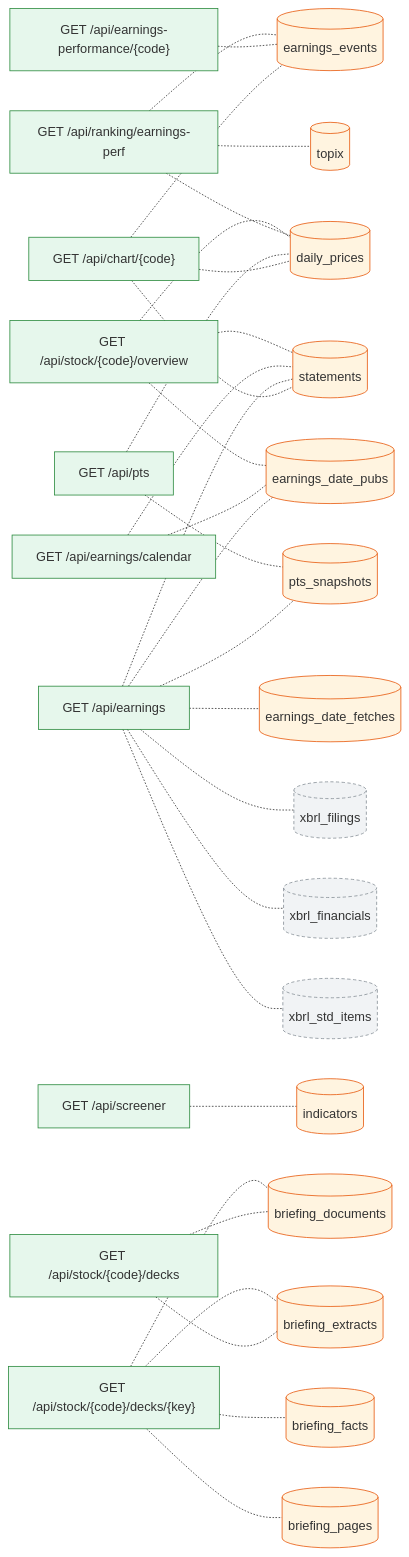
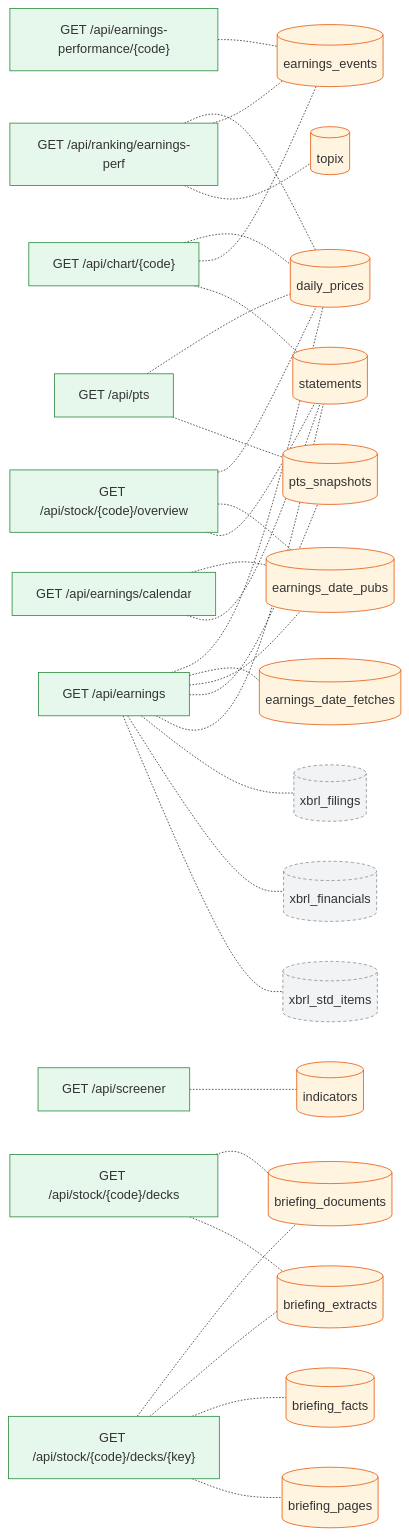
The second of 2 diagrams in docs/dataflow/market.md (pekumirui/stock-analyzer), drawn with Mermaid before and after one commit. The commit also changed other lines of this file and 2 other files, not shown here.

````diff
--- a/docs/dataflow/market.md
+++ b/docs/dataflow/market.md
@@ -84,60 +84,61 @@
 ```mermaid
 flowchart LR
   n0["GET /api/chart/{code}"]:::api
   n1["GET /api/earnings"]:::api
   n2["GET /api/earnings-performance/{code}"]:::api
   n3["GET /api/earnings/calendar"]:::api
   n4["GET /api/pts"]:::api
   n5["GET /api/ranking/earnings-perf"]:::api
   n6["GET /api/screener"]:::api
   n7["GET /api/stock/{code}/decks"]:::api
   n8["GET /api/stock/{code}/decks/{key}"]:::api
   n9["GET /api/stock/{code}/overview"]:::api
   n10[("briefing_documents")]:::tbl
   n11[("briefing_extracts")]:::tbl
   n12[("briefing_facts")]:::tbl
   n13[("briefing_pages")]:::tbl
   n14[("daily_prices")]:::tbl
   n15[("earnings_date_fetches")]:::tbl
   n16[("earnings_date_pubs")]:::tbl
   n17[("earnings_events")]:::tbl
   n18[("indicators")]:::tbl
   n19[("pts_snapshots")]:::tbl
   n20[("statements")]:::tbl
   n21[("topix")]:::tbl
   n22[("xbrl_filings")]:::ext
   n23[("xbrl_financials")]:::ext
   n24[("xbrl_std_items")]:::ext
   n0 -.- n14
   n0 -.- n17
   n0 -.- n20
+  n1 -.- n14
   n1 -.- n15
   n1 -.- n16
   n1 -.- n19
   n1 -.- n20
   n1 -.- n22
   n1 -.- n23
   n1 -.- n24
   n2 -.- n17
   n3 -.- n16
   n3 -.- n20
   n4 -.- n14
   n4 -.- n19
   n5 -.- n14
   n5 -.- n17
   n5 -.- n21
   n6 -.- n18
   n7 -.- n10
   n7 -.- n11
   n8 -.- n10
   n8 -.- n11
   n8 -.- n12
   n8 -.- n13
   n9 -.- n14
   n9 -.- n16
   n9 -.- n20
   classDef job fill:#e3ecff,stroke:#3b5bdb
   classDef api fill:#e6f7ec,stroke:#2b8a3e
   classDef tbl fill:#fff4e0,stroke:#e8590c
   classDef ext fill:#f1f3f5,stroke:#868e96,stroke-dasharray:4 3
 ```
````
